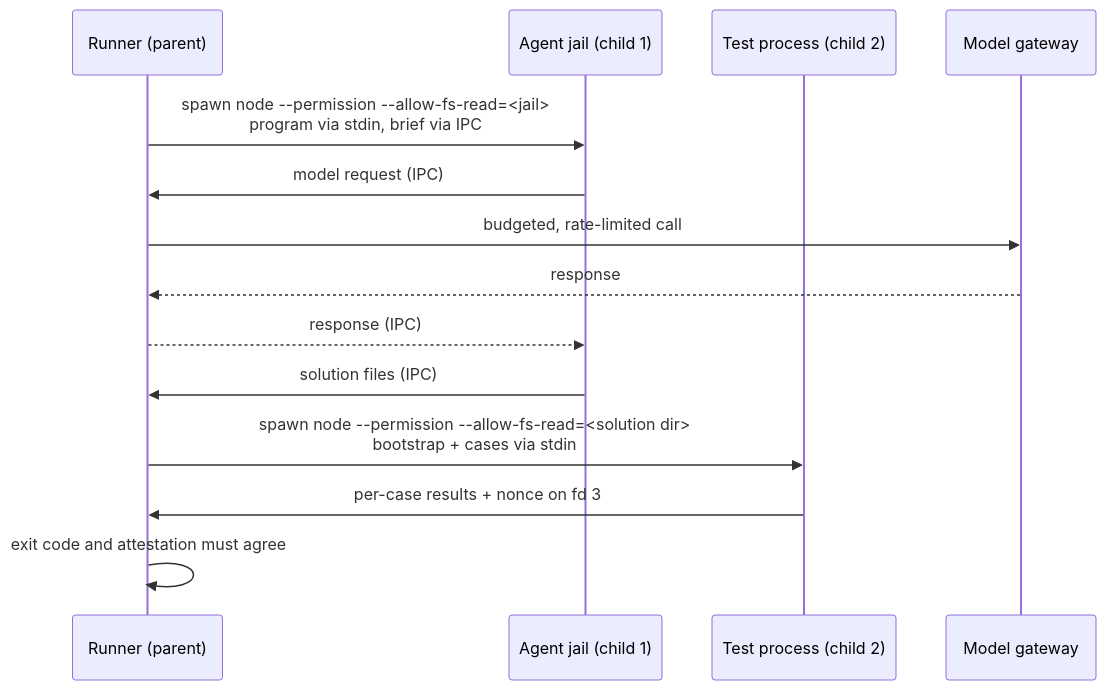
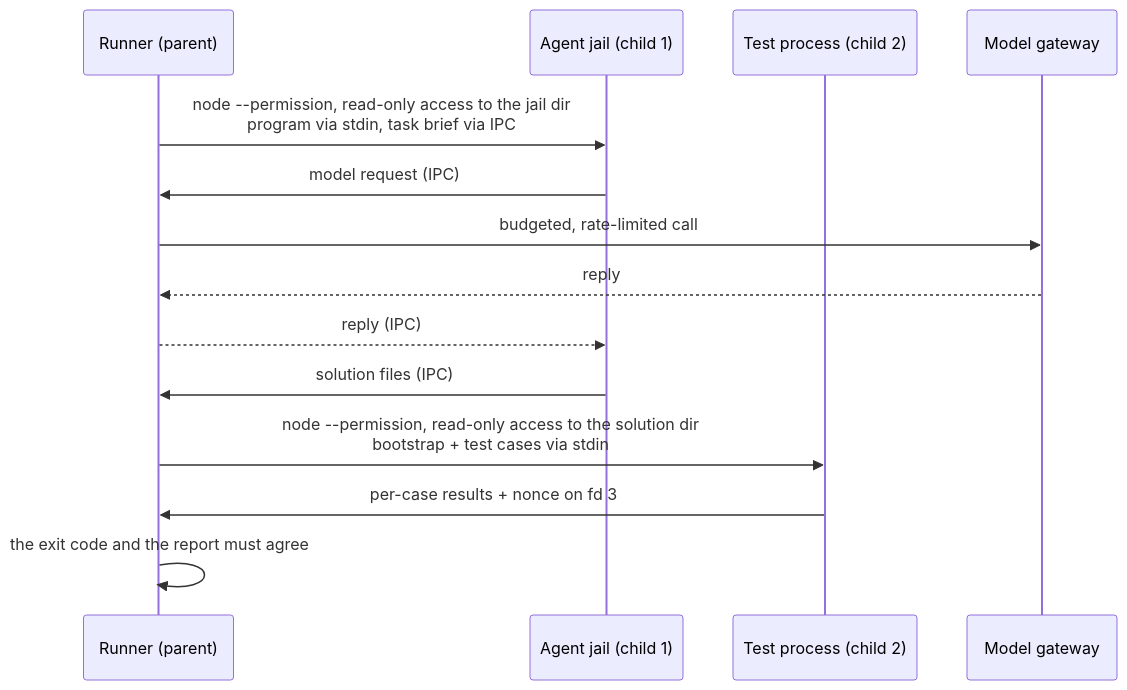
Before and after one commit to Kai-972/Hellgate: the second of 5 diagrams in docs/ARCHITECTURE.md, drawn with Mermaid. The commit also changed other lines of this file and 10 other files, not shown here.

````diff
--- a/docs/ARCHITECTURE.md
+++ b/docs/ARCHITECTURE.md
@@ -191,16 +190,16 @@
 ```mermaid
 sequenceDiagram
   participant R as Runner (parent)
   participant J as Agent jail (child 1)
   participant T as Test process (child 2)
   participant M as Model gateway
-  R->>J: spawn node --permission --allow-fs-read=<jail><br/>program via stdin, brief via IPC
+  R->>J: node --permission, read-only access to the jail dir<br/>program via stdin, task brief via IPC
   J->>R: model request (IPC)
   R->>M: budgeted, rate-limited call
-  M-->>R: response
-  R-->>J: response (IPC)
+  M-->>R: reply
+  R-->>J: reply (IPC)
   J->>R: solution files (IPC)
-  R->>T: spawn node --permission --allow-fs-read=<solution dir><br/>bootstrap + cases via stdin
+  R->>T: node --permission, read-only access to the solution dir<br/>bootstrap + test cases via stdin
   T->>R: per-case results + nonce on fd 3
-  R->>R: exit code and attestation must agree
+  R->>R: the exit code and the report must agree
 ```
````
